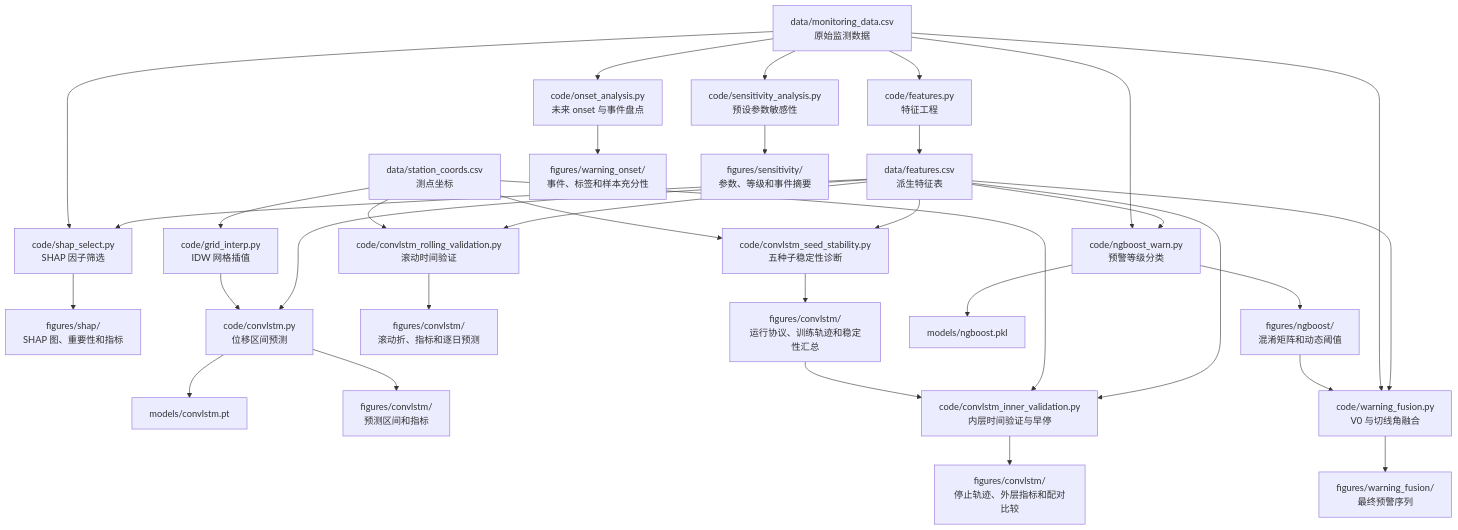
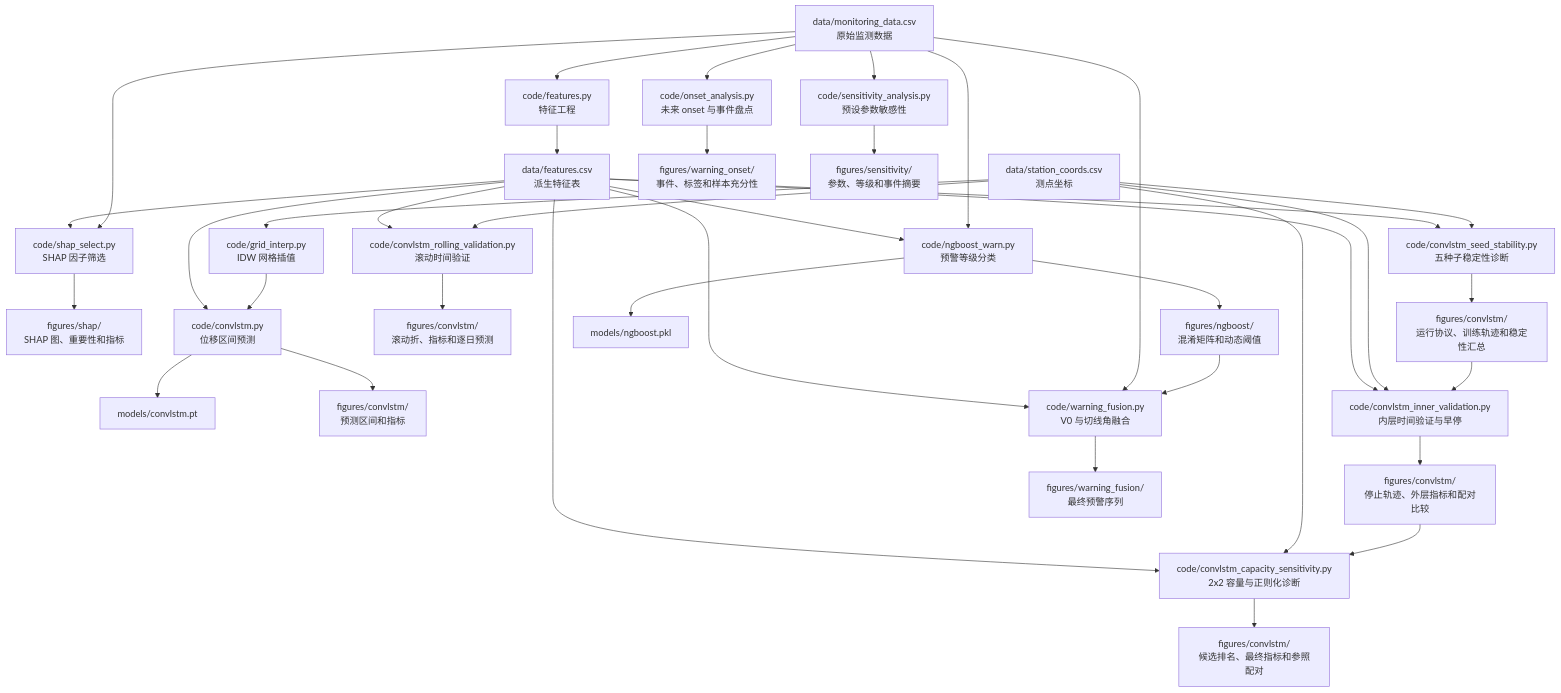
Before and after one commit to wcqqq1214/Landslide-Warning: the diagram in README.md, drawn with Mermaid. The commit also changed other lines of this file and 11 other files, not shown here.

Commit message:
feat: add convlstm capacity sensitivity

````diff
--- a/README.md
+++ b/README.md
@@ -169,35 +180,39 @@
 ```mermaid
 flowchart TD
     A["data/monitoring_data.csv<br/>原始监测数据"] --> B["code/features.py<br/>特征工程"]
     B --> C["data/features.csv<br/>派生特征表"]
     C --> D["code/shap_select.py<br/>SHAP 因子筛选"]
     A --> D
     D --> E["figures/shap/<br/>SHAP 图、重要性和指标"]
     C --> F["code/convlstm.py<br/>位移区间预测"]
     G["data/station_coords.csv<br/>测点坐标"] --> H["code/grid_interp.py<br/>IDW 网格插值"]
     H --> F
     F --> I["models/convlstm.pt"]
     F --> J["figures/convlstm/<br/>预测区间和指标"]
     C --> T["code/convlstm_rolling_validation.py<br/>滚动时间验证"]
     G --> T
     T --> U["figures/convlstm/<br/>滚动折、指标和逐日预测"]
     C --> V["code/convlstm_seed_stability.py<br/>五种子稳定性诊断"]
     G --> V
     V --> W["figures/convlstm/<br/>运行协议、训练轨迹和稳定性汇总"]
     C --> X["code/convlstm_inner_validation.py<br/>内层时间验证与早停"]
     G --> X
     W --> X
     X --> Y["figures/convlstm/<br/>停止轨迹、外层指标和配对比较"]
+    C --> Z["code/convlstm_capacity_sensitivity.py<br/>2x2 容量与正则化诊断"]
+    G --> Z
+    Y --> Z
+    Z --> ZA["figures/convlstm/<br/>候选排名、最终指标和参照配对"]
     C --> K["code/ngboost_warn.py<br/>预警等级分类"]
     A --> K
     K --> L["models/ngboost.pkl"]
     K --> M["figures/ngboost/<br/>混淆矩阵和动态阈值"]
     C --> N["code/warning_fusion.py<br/>V0 与切线角融合"]
     A --> N
     M --> N
     N --> O["figures/warning_fusion/<br/>最终预警序列"]
     A --> P["code/onset_analysis.py<br/>未来 onset 与事件盘点"]
     P --> Q["figures/warning_onset/<br/>事件、标签和样本充分性"]
     A --> R["code/sensitivity_analysis.py<br/>预设参数敏感性"]
     R --> S["figures/sensitivity/<br/>参数、等级和事件摘要"]
 ```
````
